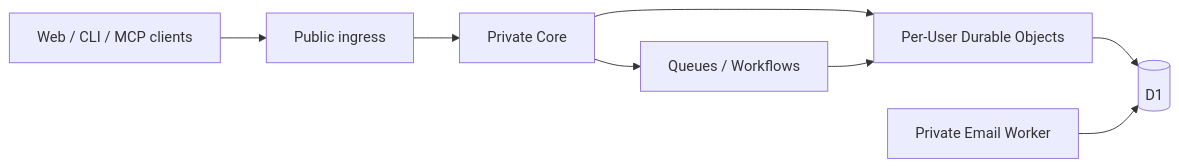
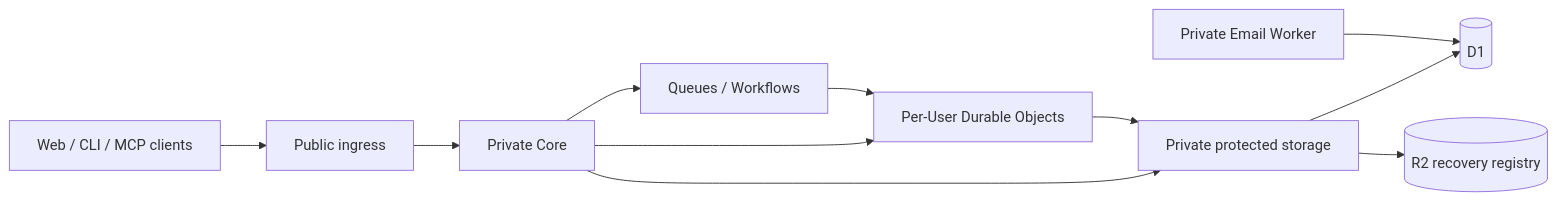
Before and after one commit to B4rz99/fidy-ai: the diagram in ARCHITECTURE.md, drawn with Mermaid. The commit also changed other lines of this file and 19 other files, not shown here.

First line of the commit message:
refactor(cloudflare): #1589 execute protected units near storage

````diff
--- a/ARCHITECTURE.md
+++ b/ARCHITECTURE.md
@@ -27,10 +28,13 @@
 ```mermaid
 flowchart LR
   Clients[Web / CLI / MCP clients] --> Ingress[Public ingress]
   Ingress --> Core[Private Core]
   Core --> Coordinator[Per-User Durable Objects]
-  Coordinator --> D1[(D1)]
+  Core --> Storage[Private protected storage]
+  Coordinator --> Storage
+  Storage --> D1[(D1)]
+  Storage --> Registry[(R2 recovery registry)]
   Core --> Background[Queues / Workflows]
   Background --> Coordinator
   Email[Private Email Worker] --> D1
 ```
````
